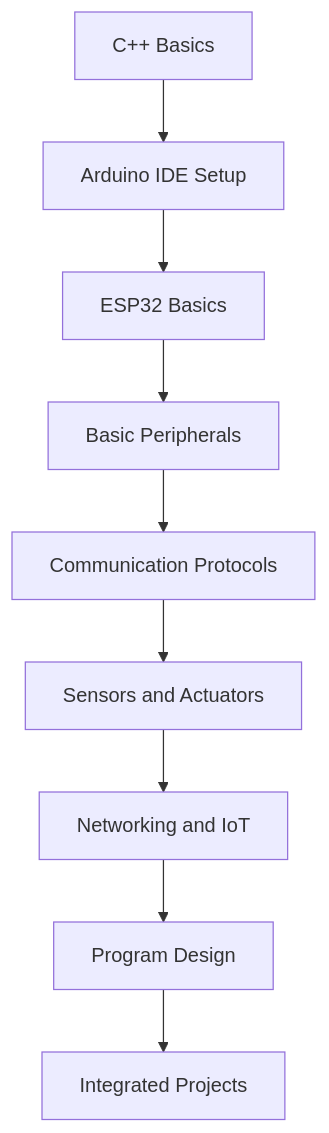
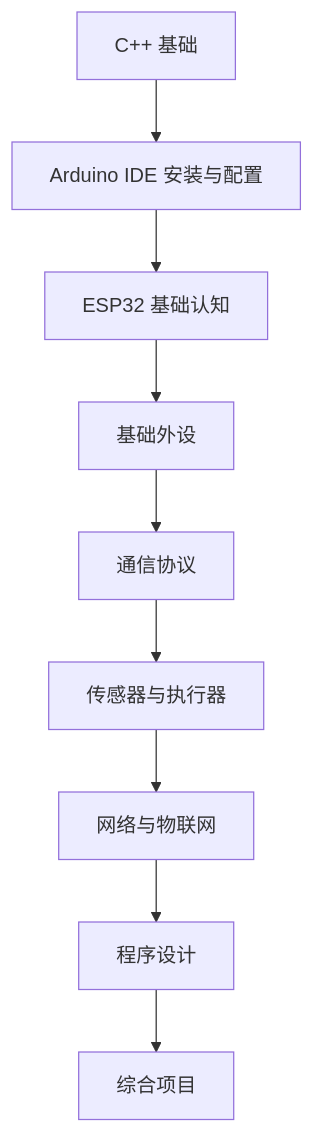
Before and after one commit to zhuotian04-creator/hardware_technology_stack: the diagram in esp32/README.md, drawn with Mermaid. The commit also changed other lines of this file and 29 other files, not shown here.

````diff
--- a/esp32/README.md
+++ b/esp32/README.md
@@ -116,11 +120,11 @@
 ```mermaid
 flowchart TD
-    A["C++ Basics"] --> B["Arduino IDE Setup"]
-    B --> C["ESP32 Basics"]
-    C --> D["Basic Peripherals"]
-    D --> E["Communication Protocols"]
-    E --> F["Sensors and Actuators"]
-    F --> G["Networking and IoT"]
-    G --> H["Program Design"]
-    H --> I["Integrated Projects"]
+    A["C++ 基础"] --> B["Arduino IDE 安装与配置"]
+    B --> C["ESP32 基础认知"]
+    C --> D["基础外设"]
+    D --> E["通信协议"]
+    E --> F["传感器与执行器"]
+    F --> G["网络与物联网"]
+    G --> H["程序设计"]
+    H --> I["综合项目"]
 ```
````
